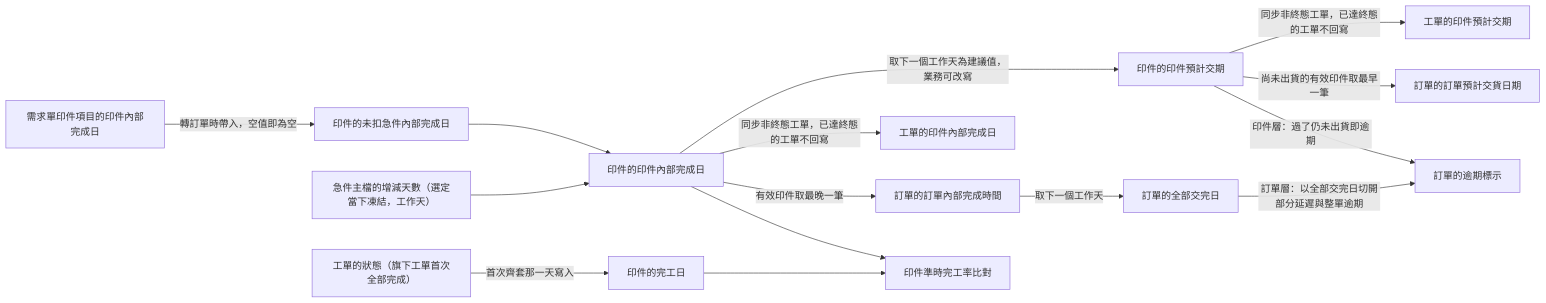
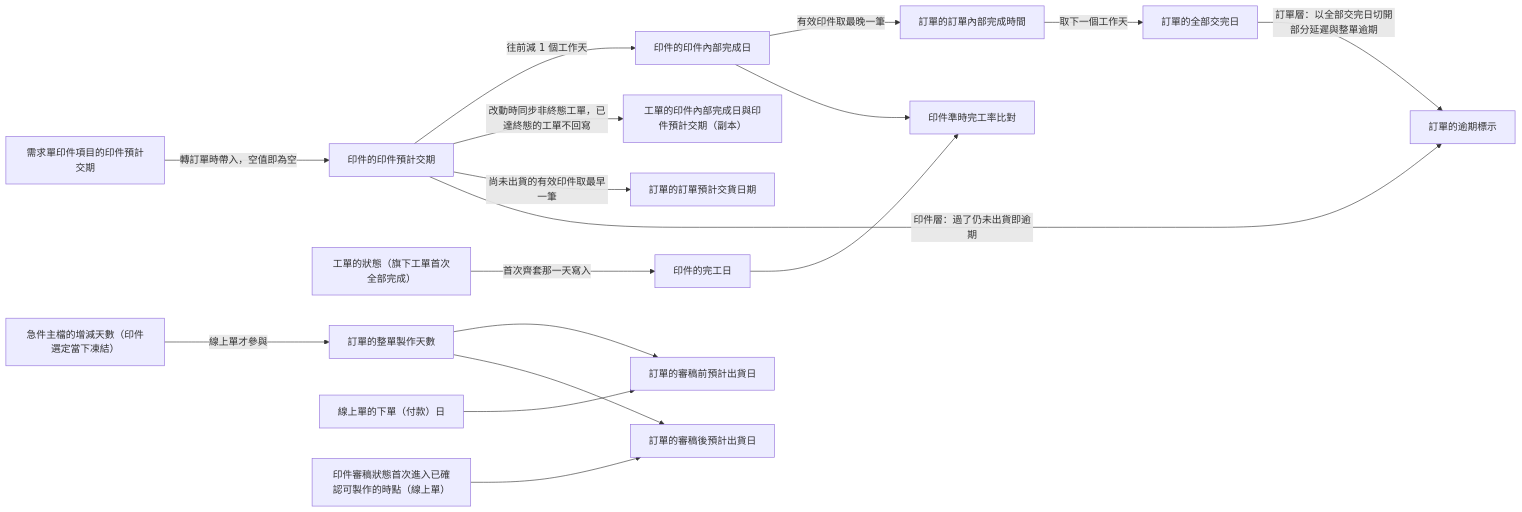
The fourth of 5 diagrams in memory/Sens_wiki/wiki/erp/05-entities/訂單領域資料結構總覽.md (Kawato-Miles/erp-spec), drawn with Mermaid before and after one commit. The commit also changed other lines of this file and 33 other files, not shown here.

````diff
--- a/memory/Sens_wiki/wiki/erp/05-entities/訂單領域資料結構總覽.md
+++ b/memory/Sens_wiki/wiki/erp/05-entities/訂單領域資料結構總覽.md
@@ -95,17 +96,19 @@
 ```mermaid
 flowchart LR
-    B2["需求單印件項目的印件內部完成日"] -->|"轉訂單時帶入，空值即為空"| B4["印件的未扣急件內部完成日"]
-    B6["急件主檔的增減天數（選定當下凍結，工作天）"] --> B7["印件的印件內部完成日"]
-    B4 --> B7
-    B7 -->|"取下一個工作天為建議值，業務可改寫"| B9["印件的印件預計交期"]
-    B7 -->|"同步非終態工單，已達終態的工單不回寫"| B8["工單的印件內部完成日"]
-    B9 -->|"同步非終態工單，已達終態的工單不回寫"| B10["工單的印件預計交期"]
+    B2["需求單印件項目的印件預計交期"] -->|"轉訂單時帶入，空值即為空"| B9["印件的印件預計交期"]
+    B9 -->|"往前減 1 個工作天"| B7["印件的印件內部完成日"]
+    B9 -->|"改動時同步非終態工單，已達終態的工單不回寫"| B8["工單的印件內部完成日與印件預計交期（副本）"]
     B7 -->|"有效印件取最晚一筆"| B11["訂單的訂單內部完成時間"]
     B11 -->|"取下一個工作天"| B12["訂單的全部交完日"]
     B9 -->|"尚未出貨的有效印件取最早一筆"| B13["訂單的訂單預計交貨日期"]
     B9 -->|"印件層：過了仍未出貨即逾期"| B14["訂單的逾期標示"]
     B12 -->|"訂單層：以全部交完日切開部分延遲與整單逾期"| B14
     B15["工單的狀態（旗下工單首次全部完成）"] -->|"首次齊套那一天寫入"| B16["印件的完工日"]
     B16 --> B17["印件準時完工率比對"]
     B7 --> B17
+    O1["急件主檔的增減天數（印件選定當下凍結）"] -->|"線上單才參與"| O2["訂單的整單製作天數"]
+    O3["線上單的下單（付款）日"] --> O4["訂單的審稿前預計出貨日"]
+    O2 --> O4
+    O5["印件審稿狀態首次進入已確認可製作的時點（線上單）"] --> O6["訂單的審稿後預計出貨日"]
+    O2 --> O6
 ```
````
